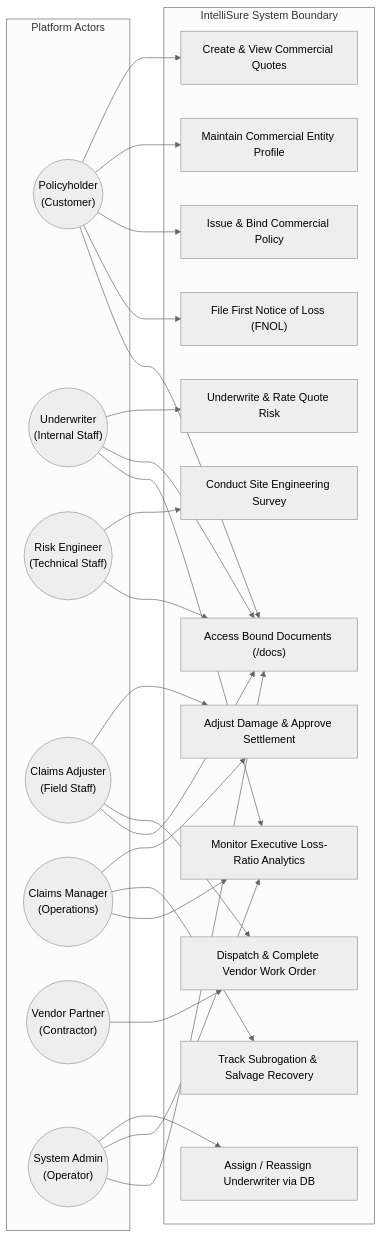
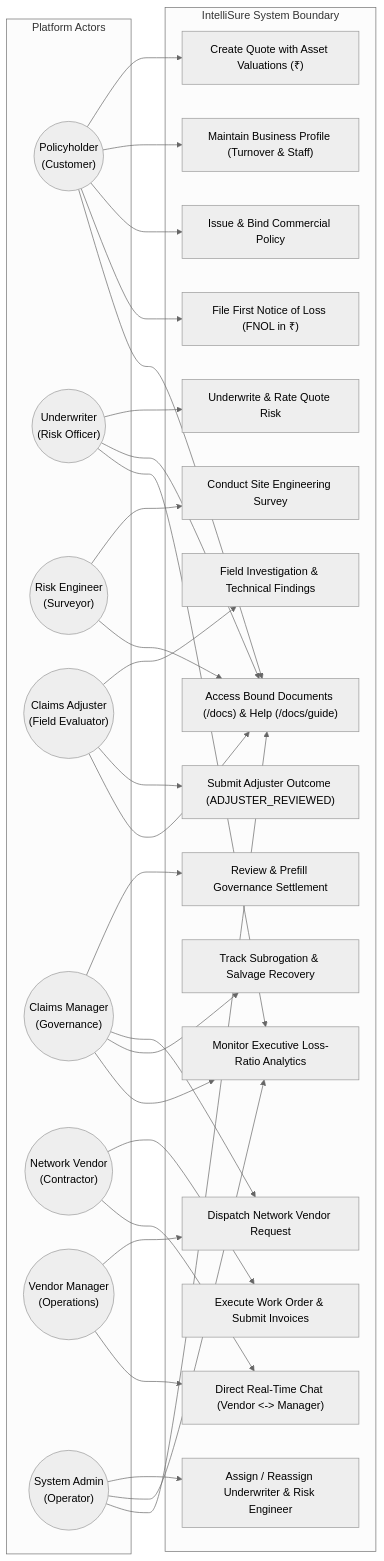
One commit to gouthamlingojuhf/Intellisure changed the third of 5 diagrams in Docs/INTELLISURE_SYSTEM_ARCHITECTURE_AND_SPECIFICATION.md. Above: the diagram before and after it, drawn with Mermaid (neutral theme). The commit also changed other lines of this file and 116 other files, not shown here.

Commit message:
feat: complete enterprise lifecycle workflows, INR currency standardization, risk & claim governance, and system docs

````diff
--- a/Docs/INTELLISURE_SYSTEM_ARCHITECTURE_AND_SPECIFICATION.md
+++ b/Docs/INTELLISURE_SYSTEM_ARCHITECTURE_AND_SPECIFICATION.md
@@ -311,54 +335,64 @@
 ```mermaid
 flowchart LR
     subgraph Actors ["Platform Actors"]
         PH(("Policyholder\n(Customer)"))
-        UW(("Underwriter\n(Internal Staff)"))
-        RE(("Risk Engineer\n(Technical Staff)"))
-        CA(("Claims Adjuster\n(Field Staff)"))
-        CM(("Claims Manager\n(Operations)"))
-        VP(("Vendor Partner\n(Contractor)"))
+        UW(("Underwriter\n(Risk Officer)"))
+        RE(("Risk Engineer\n(Surveyor)"))
+        CA(("Claims Adjuster\n(Field Evaluator)"))
+        CM(("Claims Manager\n(Governance)"))
+        VP(("Network Vendor\n(Contractor)"))
+        VM(("Vendor Manager\n(Operations)"))
         ADM(("System Admin\n(Operator)"))
     end
 
     subgraph CoreUseCases ["IntelliSure System Boundary"]
-        UC1["Create & View Commercial Quotes"]
-        UC2["Maintain Commercial Entity Profile"]
+        UC1["Create Quote with Asset Valuations (₹)"]
+        UC2["Maintain Business Profile (Turnover & Staff)"]
         UC3["Underwrite & Rate Quote Risk"]
         UC4["Conduct Site Engineering Survey"]
         UC5["Issue & Bind Commercial Policy"]
-        UC6["File First Notice of Loss (FNOL)"]
-        UC7["Adjust Damage & Approve Settlement"]
-        UC8["Dispatch & Complete Vendor Work Order"]
-        UC9["Track Subrogation & Salvage Recovery"]
-        UC10["Access Bound Documents (/docs)"]
-        UC11["Assign / Reassign Underwriter via DB"]
-        UC12["Monitor Executive Loss-Ratio Analytics"]
+        UC6["File First Notice of Loss (FNOL in ₹)"]
+        UC7["Field Investigation & Technical Findings"]
+        UC8["Submit Adjuster Outcome (ADJUSTER_REVIEWED)"]
+        UC9["Review & Prefill Governance Settlement"]
+        UC10["Dispatch Network Vendor Request"]
+        UC11["Execute Work Order & Submit Invoices"]
+        UC12["Direct Real-Time Chat (Vendor <-> Manager)"]
+        UC13["Track Subrogation & Salvage Recovery"]
+        UC14["Access Bound Documents (/docs) & Help (/docs/guide)"]
+        UC15["Assign / Reassign Underwriter & Risk Engineer"]
+        UC16["Monitor Executive Loss-Ratio Analytics"]
     end
 
     PH --> UC1
     PH --> UC2
     PH --> UC5
     PH --> UC6
-    PH --> UC10
+    PH --> UC14
 
     UW --> UC3
-    UW --> UC10
-    UW --> UC12
+    UW --> UC14
+    UW --> UC16
 
     RE --> UC4
-    RE --> UC10
+    RE --> UC14
 
     CA --> UC7
     CA --> UC8
-    CA --> UC10
+    CA --> UC14
 
-    CM --> UC7
     CM --> UC9
-    CM --> UC12
+    CM --> UC10
+    CM --> UC13
+    CM --> UC16
 
-    VP --> UC8
+    VP --> UC11
+    VP --> UC12
 
-    ADM --> UC11
-    ADM --> UC12
-    ADM --> UC10
+    VM --> UC10
+    VM --> UC12
+
+    ADM --> UC15
+    ADM --> UC16
+    ADM --> UC14
 ```
````
